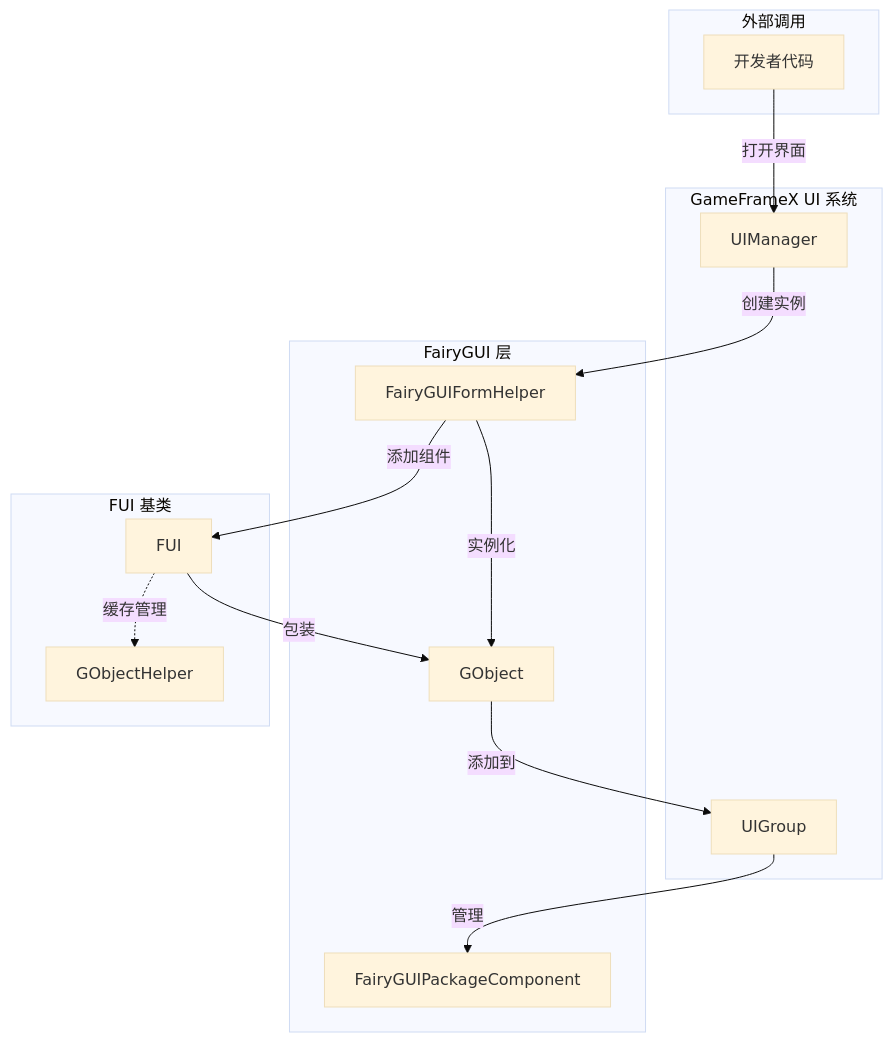
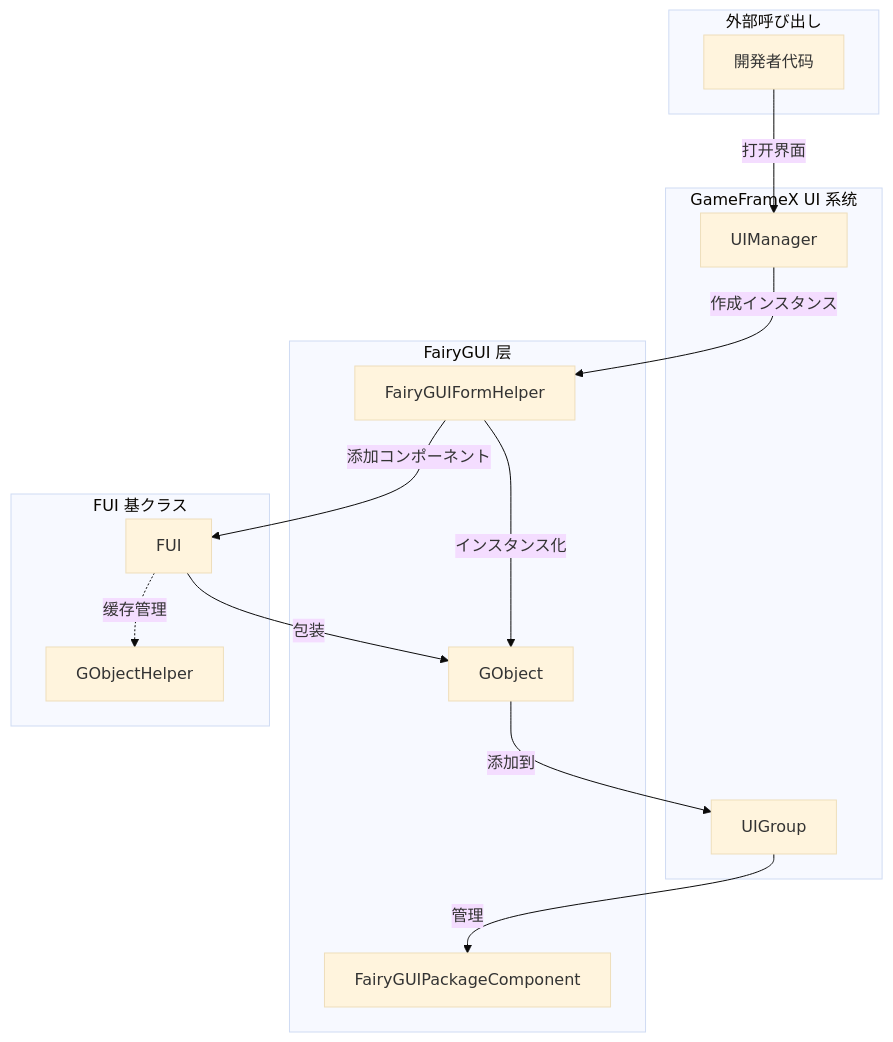
One commit to AlianBlank/GameFrameX.Docs changed the second of 3 diagrams in docs/ja/client/unity/component/ui-fairygui/06.fui-base-class.md. Above: the diagram before and after it, drawn with Mermaid (base theme). The commit also changed other lines of this file and 603 other files, not shown here.

````diff
--- a/docs/ja/client/unity/component/ui-fairygui/06.fui-base-class.md
+++ b/docs/ja/client/unity/component/ui-fairygui/06.fui-base-class.md
@@ -56,31 +56,31 @@
 ```mermaid
 flowchart TD
-    subgraph External["外部调用"]
-        Dev[开发者代码]
+    subgraph External["外部呼び出し"]
+        Dev[開発者代码]
     end
 
     subgraph GameFrameX_UI["GameFrameX UI 系统"]
         UM[UIManager]
         UGB[UIGroup]
     end
 
     subgraph FairyGUI["FairyGUI 层"]
         FG[FairyGUIFormHelper]
         FGPG[FairyGUIPackageComponent]
         GO[GObject]
     end
 
-    subgraph FUI_Base["FUI 基类"]
+    subgraph FUI_Base["FUI 基クラス"]
         FUI[FUI]
         GOH[GObjectHelper]
     end
 
     Dev -->|打开界面| UM
-    UM -->|创建实例| FG
-    FG -->|实例化| GO
-    FG -->|添加组件| FUI
+    UM -->|作成インスタンス| FG
+    FG -->|インスタンス化| GO
+    FG -->|添加コンポーネント| FUI
     FUI -->|包装| GO
     GO -->|添加到| UGB
     UGB -->|管理| FGPG
     FUI -.->|缓存管理| GOH
 ```
````
